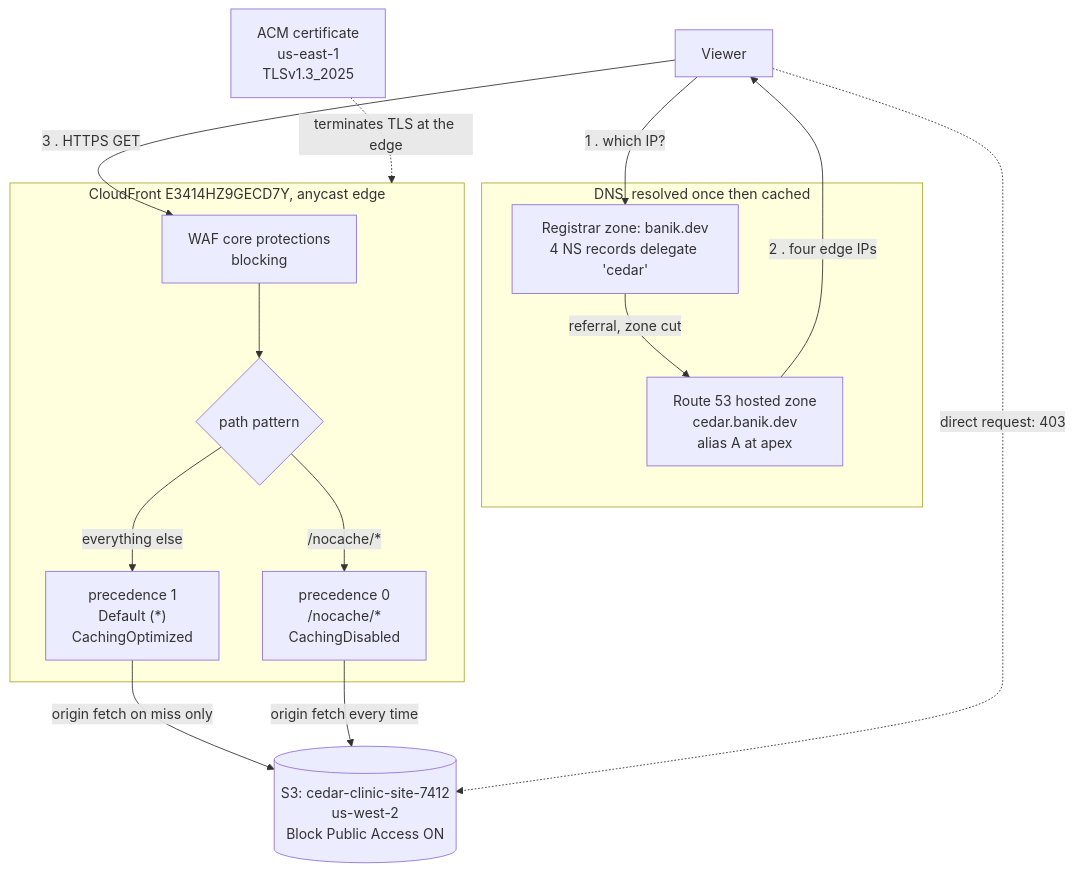
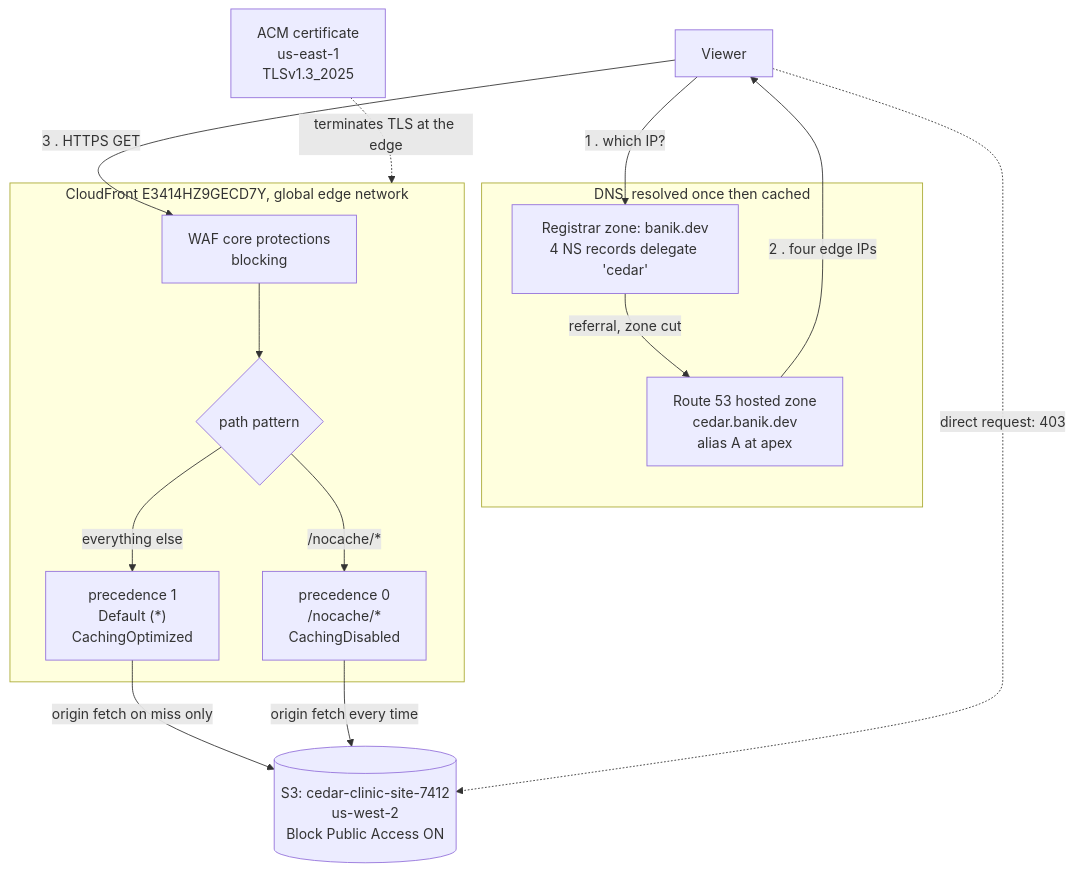
One commit to rach16/aws-saa-projects changed the diagram in s1-edge-delivery/README.md. Above: the diagram before and after it, drawn with Mermaid. The commit also changed other lines of this file and 1 other file, not shown here.

First line of the commit message:
Correct two claims: CloudFront steering is DNS, and origin groups need Premium

````diff
--- a/s1-edge-delivery/README.md
+++ b/s1-edge-delivery/README.md
@@ -83,31 +83,31 @@
 ```mermaid
 flowchart TB
     V["Viewer"]
 
     subgraph dns["DNS, resolved once then cached"]
         PB["Registrar zone: banik.dev<br/>4 NS records delegate 'cedar'"]
         R53["Route 53 hosted zone<br/>cedar.banik.dev<br/>alias A at apex"]
         PB -->|"referral, zone cut"| R53
     end
 
-    subgraph cf["CloudFront E3414HZ9GECD7Y, anycast edge"]
+    subgraph cf["CloudFront E3414HZ9GECD7Y, global edge network"]
         WAF["WAF core protections<br/>blocking"]
         BEH{"path pattern"}
         B0["precedence 0<br/>/nocache/*<br/>CachingDisabled"]
         B1["precedence 1<br/>Default (*)<br/>CachingOptimized"]
         WAF --> BEH
         BEH -->|"/nocache/*"| B0
         BEH -->|"everything else"| B1
     end
 
     ACM["ACM certificate<br/>us-east-1<br/>TLSv1.3_2025"]
     S3[("S3: cedar-clinic-site-7412<br/>us-west-2<br/>Block Public Access ON")]
 
     V -->|"1 . which IP?"| PB
     R53 -->|"2 . four edge IPs"| V
     V -->|"3 . HTTPS GET"| WAF
     B1 -->|"origin fetch on miss only"| S3
     B0 -->|"origin fetch every time"| S3
     ACM -.->|"terminates TLS at the edge"| cf
     V -.->|"direct request: 403"| S3
 ```
````
